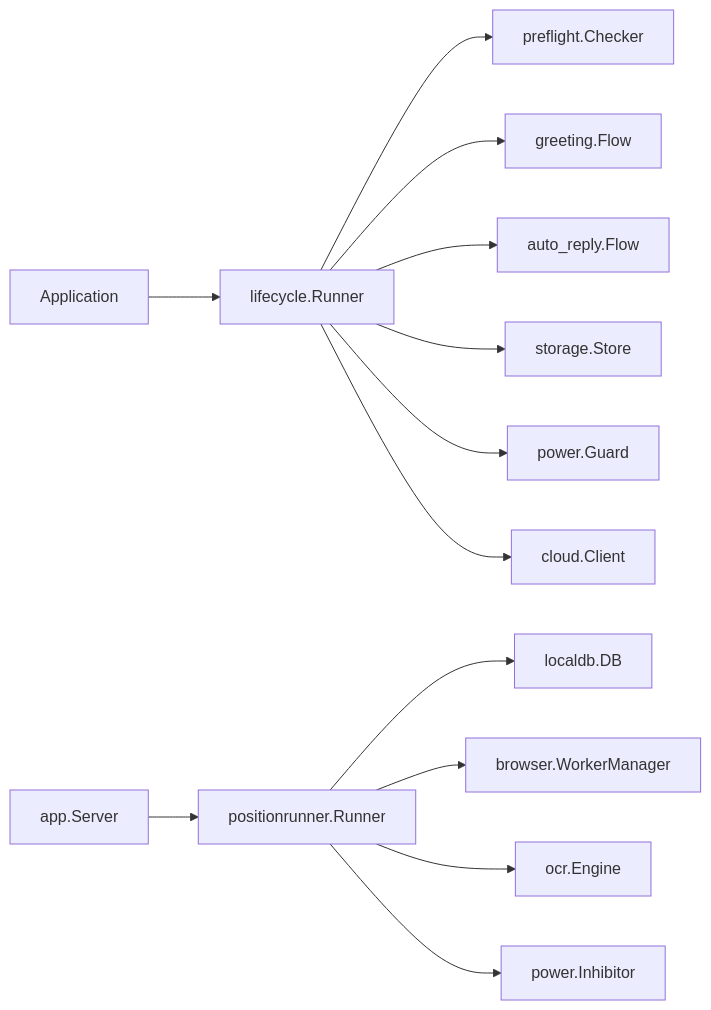
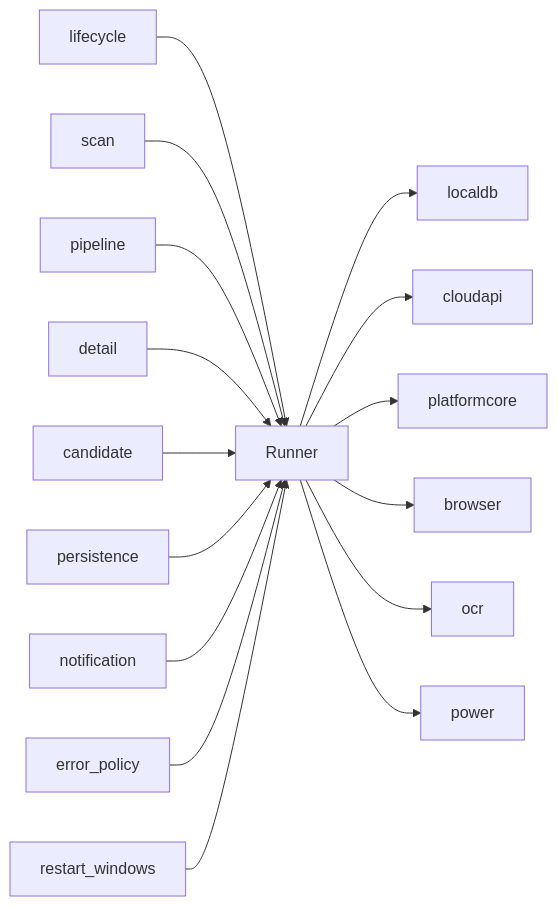
Before and after one commit to alvinwangzi/goodhr: the ninth of 9 diagrams in .qoder/repowiki/zh/content/本地执行器/任务调度/生命周期管理.md, drawn with Mermaid. The commit also changed other lines of this file and 149 other files, not shown here.

````diff
--- a/.qoder/repowiki/zh/content/本地执行器/任务调度/生命周期管理.md
+++ b/.qoder/repowiki/zh/content/本地执行器/任务调度/生命周期管理.md
@@ -398,15 +373,18 @@
 ```mermaid
 graph LR
-App["Application"] --> LRunner["lifecycle.Runner"]
-LRunner --> Preflight["preflight.Checker"]
-LRunner --> Greet["greeting.Flow"]
-LRunner --> Reply["auto_reply.Flow"]
-LRunner --> Store["storage.Store"]
-LRunner --> Power["power.Guard"]
-LRunner --> Cloud["cloud.Client"]
-Server["app.Server"] --> PR["positionrunner.Runner"]
-PR --> DB["localdb.DB"]
-PR --> BW["browser.WorkerManager"]
-PR --> OCR["ocr.Engine"]
-PR --> Power2["power.Inhibitor"]
+Runner["Runner"] --> LocalDB["localdb"]
+Runner --> CloudAPI["cloudapi"]
+Runner --> PlatformCore["platformcore"]
+Runner --> Browser["browser"]
+Runner --> OCR["ocr"]
+Runner --> Power["power"]
+Lifecycle["lifecycle"] --> Runner
+Scanner["scan"] --> Runner
+Pipeline["pipeline"] --> Runner
+Detail["detail"] --> Runner
+Candidate["candidate"] --> Runner
+Persistence["persistence"] --> Runner
+Notification["notification"] --> Runner
+ErrorPolicy["error_policy"] --> Runner
+Health["restart_windows"] --> Runner
 ```
````
